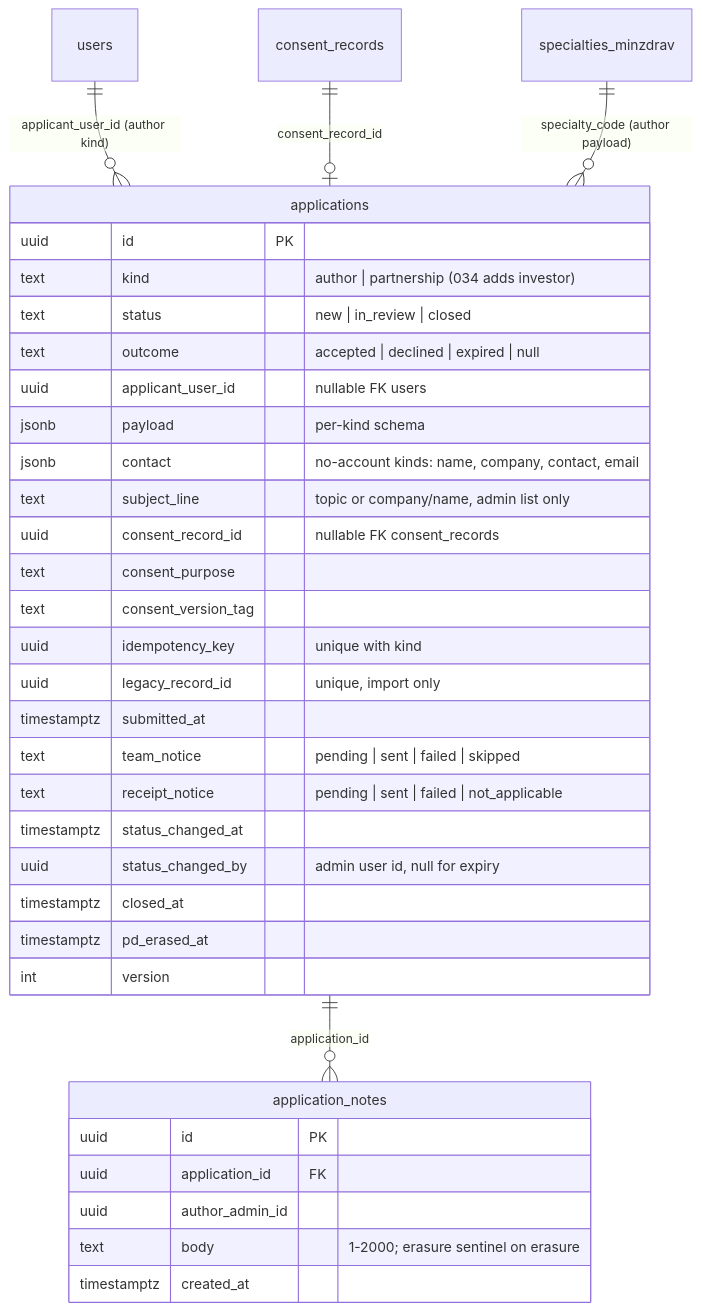
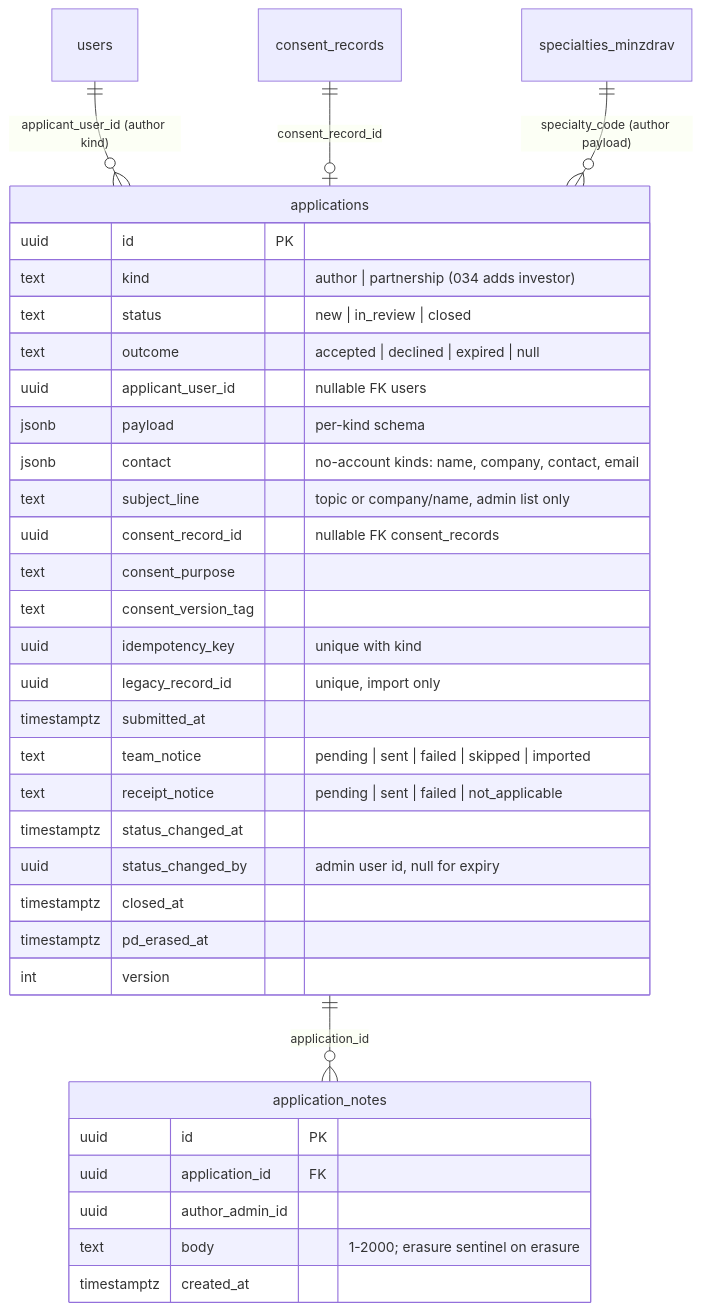
Before and after one commit to doctor-school/ds-platform: the first of 3 diagrams in apps/docs/content/specs/features/033-author-application/033-design.md, drawn with Mermaid. The commit also changed other lines of this file and 27 other files, not shown here.

First line of the commit message:
feat(4032): 033 partnership kind — public intake, interim import, team notice `imported` (#4247)

````diff
--- a/apps/docs/content/specs/features/033-author-application/033-design.md
+++ b/apps/docs/content/specs/features/033-author-application/033-design.md
@@ -36,37 +36,37 @@
 ```mermaid
 erDiagram
   users ||--o{ applications : "applicant_user_id (author kind)"
   consent_records ||--o| applications : "consent_record_id"
   specialties_minzdrav ||--o{ applications : "specialty_code (author payload)"
   applications ||--o{ application_notes : "application_id"
   applications {
     uuid id PK
     text kind "author | partnership (034 adds investor)"
     text status "new | in_review | closed"
     text outcome "accepted | declined | expired | null"
     uuid applicant_user_id "nullable FK users"
     jsonb payload "per-kind schema"
     jsonb contact "no-account kinds: name, company, contact, email"
     text subject_line "topic or company/name, admin list only"
     uuid consent_record_id "nullable FK consent_records"
     text consent_purpose
     text consent_version_tag
     uuid idempotency_key "unique with kind"
     uuid legacy_record_id "unique, import only"
     timestamptz submitted_at
-    text team_notice "pending | sent | failed | skipped"
+    text team_notice "pending | sent | failed | skipped | imported"
     text receipt_notice "pending | sent | failed | not_applicable"
     timestamptz status_changed_at
     uuid status_changed_by "admin user id, null for expiry"
     timestamptz closed_at
     timestamptz pd_erased_at
     int version
   }
   application_notes {
     uuid id PK
     uuid application_id FK
     uuid author_admin_id
     text body "1-2000; erasure sentinel on erasure"
     timestamptz created_at
   }
 ```
````
